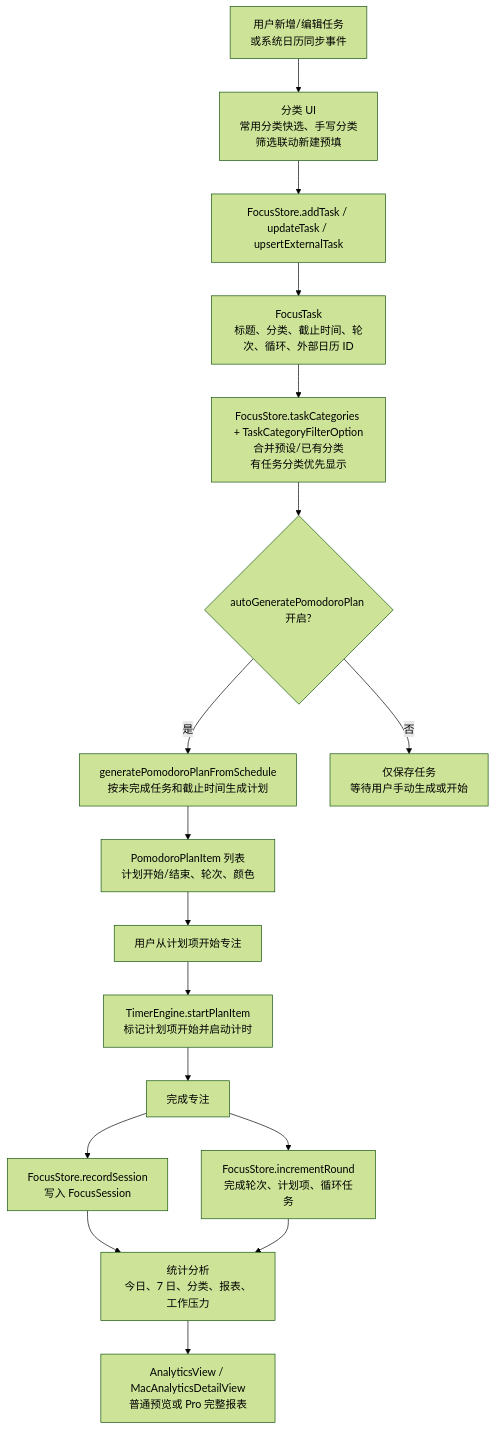
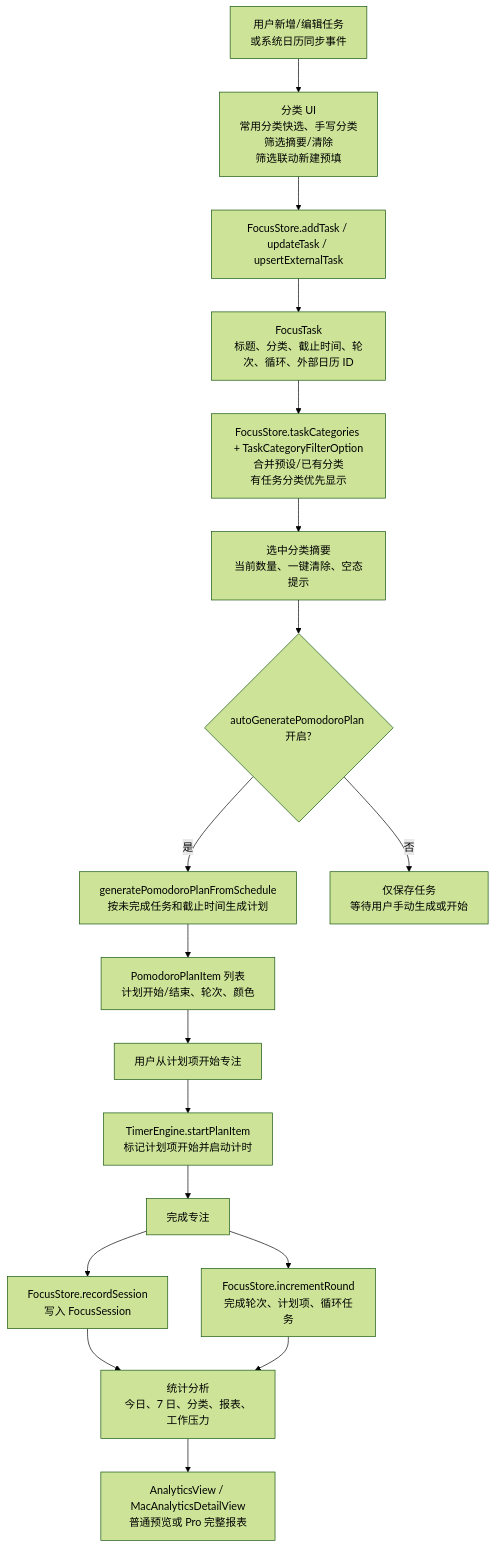
The third of 6 diagrams in md/flow/flowchart.md (Altman-sam114/114), drawn with Mermaid (forest theme) before and after one commit. The commit also changed other lines of this file and 10 other files, not shown here.

````diff
--- a/md/flow/flowchart.md
+++ b/md/flow/flowchart.md
@@ -63,19 +63,20 @@
 ```mermaid
 flowchart TD
-  A["用户新增/编辑任务<br/>或系统日历同步事件"] --> P0["分类 UI<br/>常用分类快选、手写分类<br/>筛选联动新建预填"]
+  A["用户新增/编辑任务<br/>或系统日历同步事件"] --> P0["分类 UI<br/>常用分类快选、手写分类<br/>筛选摘要/清除<br/>筛选联动新建预填"]
   P0 --> B["FocusStore.addTask / updateTask / upsertExternalTask"]
   B --> C["FocusTask<br/>标题、分类、截止时间、轮次、循环、外部日历 ID"]
   C --> C2["FocusStore.taskCategories + TaskCategoryFilterOption<br/>合并预设/已有分类<br/>有任务分类优先显示"]
-  C2 --> D{"autoGeneratePomodoroPlan 开启?"}
+  C2 --> C3["选中分类摘要<br/>当前数量、一键清除、空态提示"]
+  C3 --> D{"autoGeneratePomodoroPlan 开启?"}
   D -->|是| E["generatePomodoroPlanFromSchedule<br/>按未完成任务和截止时间生成计划"]
   D -->|否| F["仅保存任务<br/>等待用户手动生成或开始"]
   E --> G["PomodoroPlanItem 列表<br/>计划开始/结束、轮次、颜色"]
   G --> H["用户从计划项开始专注"]
   H --> I["TimerEngine.startPlanItem<br/>标记计划项开始并启动计时"]
   I --> J["完成专注"]
   J --> K["FocusStore.incrementRound<br/>完成轮次、计划项、循环任务"]
   J --> L["FocusStore.recordSession<br/>写入 FocusSession"]
   L --> M["统计分析<br/>今日、7 日、分类、报表、工作压力"]
   K --> M
   M --> N["AnalyticsView / MacAnalyticsDetailView<br/>普通预览或 Pro 完整报表"]
 ```
````
